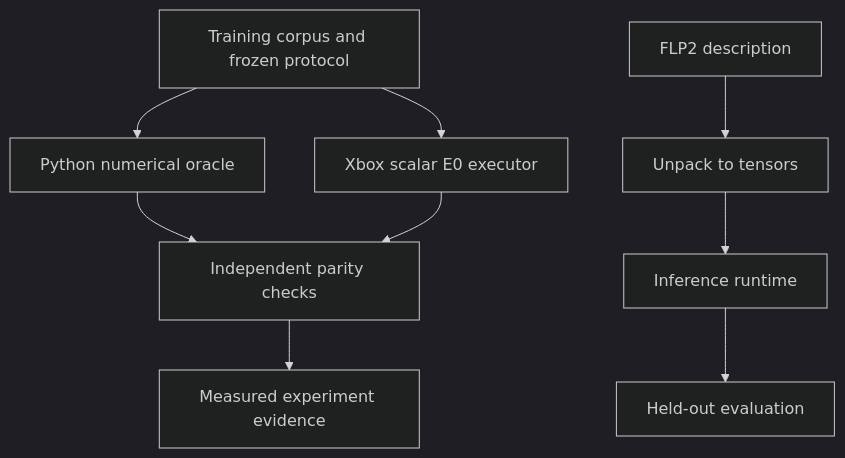
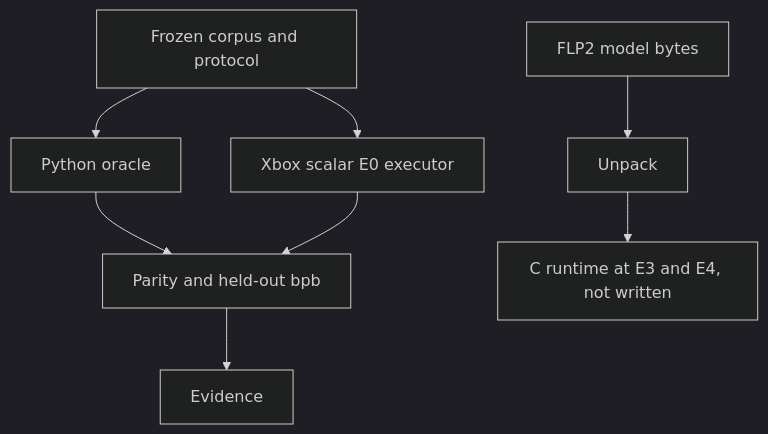
The diagram in docs/architecture.md (gianlucamazza/floppylm), drawn with Mermaid (dark theme) before and after one commit. The commit also changed other lines of this file, not shown here.

First line of the commit message:
docs: correct the host architecture map

````diff
--- a/docs/architecture.md
+++ b/docs/architecture.md
@@ -50,11 +76,10 @@
 ```mermaid
 flowchart TD
-    A[Training corpus and frozen protocol] --> B[Python numerical oracle]
+    A[Frozen corpus and protocol] --> B[Python oracle]
     A --> C[Xbox scalar E0 executor]
-    B --> D[Independent parity checks]
+    B --> D[Parity and held-out bpb]
     C --> D
-    D --> E[Measured experiment evidence]
-    F[FLP2 description] --> G[Unpack to tensors]
-    G --> H[Inference runtime]
-    H --> I[Held-out evaluation]
+    D --> E[Evidence]
+    F[FLP2 model bytes] --> G[Unpack]
+    G --> H[C runtime at E3 and E4, not written]
 ```
````
